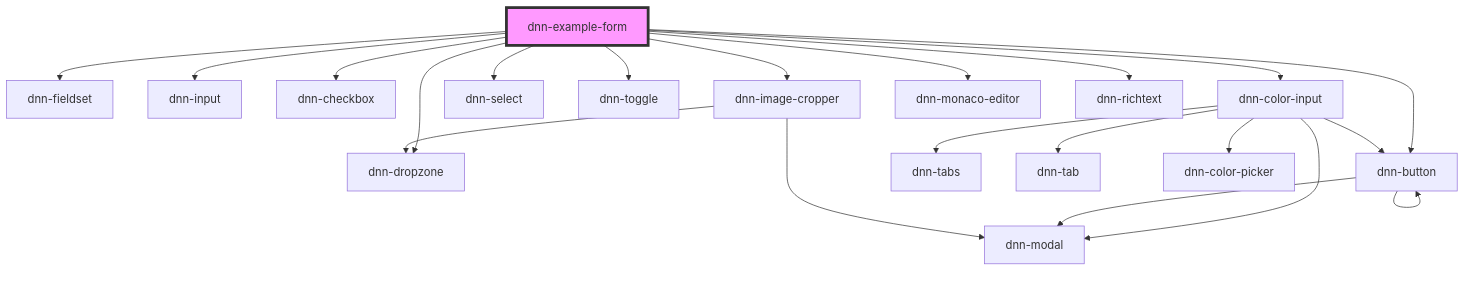
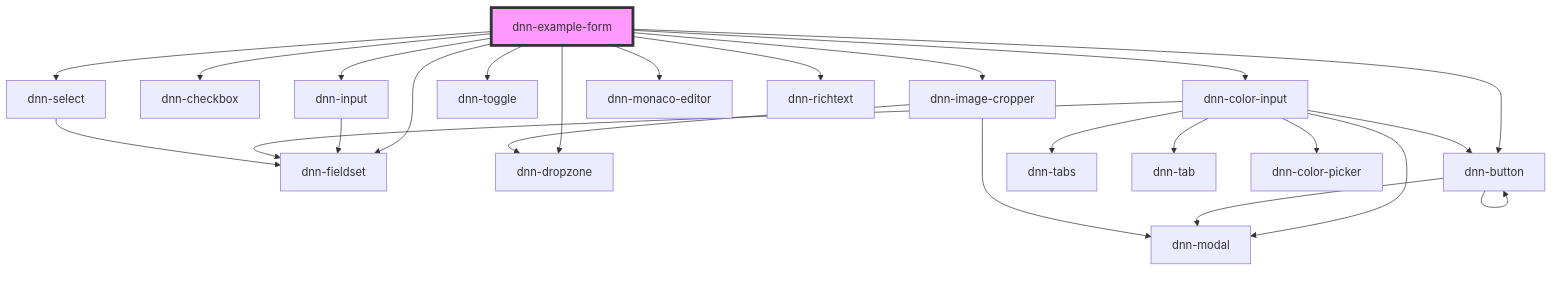
Before and after one commit to DNNCommunity/dnn-elements: the diagram in packages/stencil-library/src/components/examples/dnn-example-form/readme.md, drawn with Mermaid. The commit also changed 9 other files, not shown here.

First line of the commit message:
Updated dnn-select to use dnn-fieldset

````diff
--- a/packages/stencil-library/src/components/examples/dnn-example-form/readme.md
+++ b/packages/stencil-library/src/components/examples/dnn-example-form/readme.md
@@ -29,24 +29,27 @@
 ```mermaid
 graph TD;
   dnn-example-form --> dnn-fieldset
   dnn-example-form --> dnn-input
   dnn-example-form --> dnn-checkbox
   dnn-example-form --> dnn-color-input
   dnn-example-form --> dnn-select
   dnn-example-form --> dnn-toggle
   dnn-example-form --> dnn-dropzone
   dnn-example-form --> dnn-image-cropper
   dnn-example-form --> dnn-monaco-editor
   dnn-example-form --> dnn-richtext
   dnn-example-form --> dnn-button
+  dnn-input --> dnn-fieldset
+  dnn-color-input --> dnn-fieldset
   dnn-color-input --> dnn-modal
   dnn-color-input --> dnn-tabs
   dnn-color-input --> dnn-tab
   dnn-color-input --> dnn-color-picker
   dnn-color-input --> dnn-button
   dnn-button --> dnn-modal
   dnn-button --> dnn-button
+  dnn-select --> dnn-fieldset
   dnn-image-cropper --> dnn-dropzone
   dnn-image-cropper --> dnn-modal
   style dnn-example-form fill:#f9f,stroke:#333,stroke-width:4px
 ```
````
